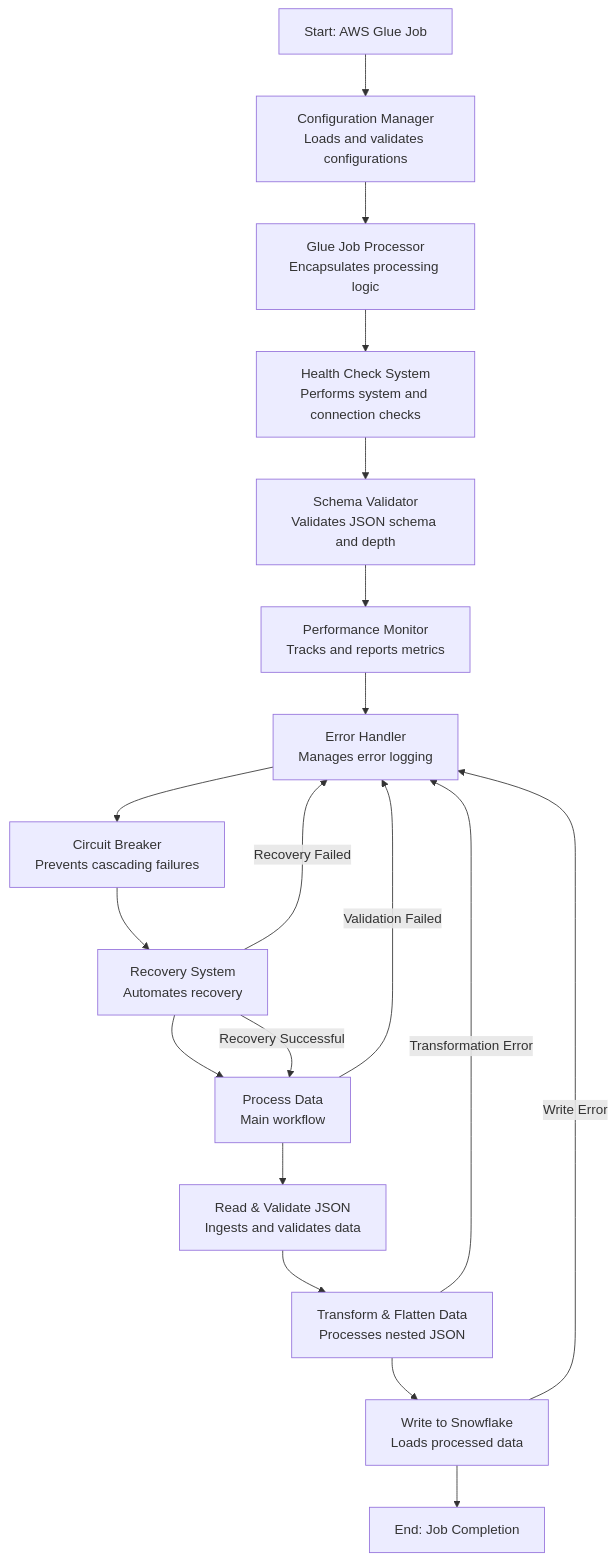
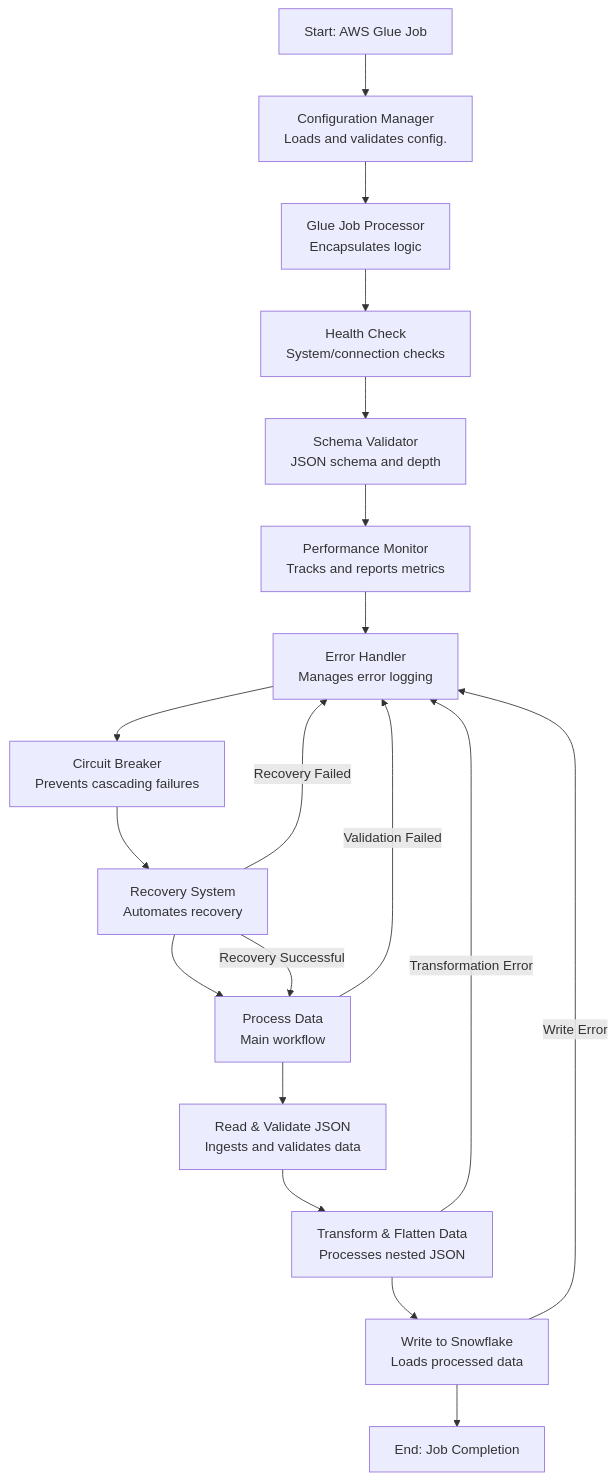
One commit to veronelazio/wezterm changed the second of 17 diagrams in mermaid.md. Above: the diagram before and after it, drawn with Mermaid. The commit also changed other lines of this file, not shown here.

````diff
--- a/mermaid.md
+++ b/mermaid.md
@@ -29,23 +29,23 @@
 ```mermaid
 flowchart TD
-    A["Start: AWS Glue Job"] --> B["Configuration Manager<br/>Loads and validates configurations"]
-    B --> C["Glue Job Processor<br/>Encapsulates processing logic"]
-    C --> D["Health Check System<br/>Performs system and connection checks"]
-    D --> E["Schema Validator<br/>Validates JSON schema and depth"]
+    A["Start: AWS Glue Job"] --> B["Configuration Manager<br/>Loads and validates config."]
+    B --> C["Glue Job Processor<br/>Encapsulates logic"]
+    C --> D["Health Check<br/> System/connection checks"]
+    D --> E["Schema Validator<br/>JSON schema and depth"]
     E --> F["Performance Monitor<br/>Tracks and reports metrics"]
     F --> G["Error Handler<br/>Manages error logging"]
     G --> H["Circuit Breaker<br/>Prevents cascading failures"]
     H --> I["Recovery System<br/>Automates recovery"]
     I --> J["Process Data<br/>Main workflow"]
     J --> K["Read & Validate JSON<br/>Ingests and validates data"]
     K --> L["Transform & Flatten Data<br/>Processes nested JSON"]
     L --> M["Write to Snowflake<br/>Loads processed data"]
     M --> N["End: Job Completion"]
 
     J -->|"Validation Failed"| G
     L -->|"Transformation Error"| G
     M -->|"Write Error"| G
 
     I -->|"Recovery Successful"| J
     I -->|"Recovery Failed"| G
 ```
````
